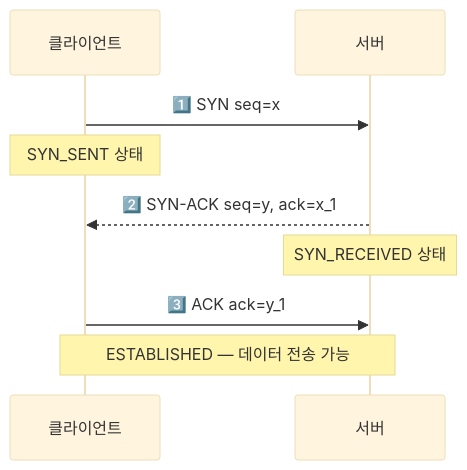
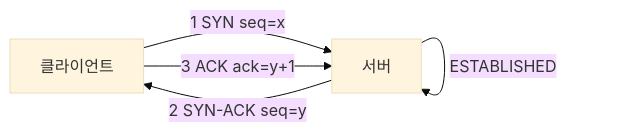
Before and after one commit to yjkim2015/yjkim2015.github.io: the first of 6 diagrams in _posts/network/2026-05-03-tcp-udp-deep.md, drawn with Mermaid (base theme). The commit also changed other lines of this file and 84 other files, not shown here.

First line of the commit message:
85개 포스트 Mermaid 다이어그램 규칙 일괄 수정

````diff
--- a/_posts/network/2026-05-03-tcp-udp-deep.md
+++ b/_posts/network/2026-05-03-tcp-udp-deep.md
@@ -59,11 +59,7 @@
 ```mermaid
-sequenceDiagram
-    participant C as 클라이언트
-    participant S as 서버
-    C->>S: 1️⃣ SYN seq=x
-    Note over C: SYN_SENT 상태
-    S-->>C: 2️⃣ SYN-ACK seq=y, ack=x_1
-    Note over S: SYN_RECEIVED 상태
-    C->>S: 3️⃣ ACK ack=y_1
-    Note over C,S: ESTABLISHED — 데이터 전송 가능
+graph LR
+    C["클라이언트"] -->|"1 SYN seq=x"| S["서버"]
+    S -->|"2 SYN-ACK seq=y"| C
+    C -->|"3 ACK ack=y+1"| S
+    S -->|"ESTABLISHED"| S
 ```
````
